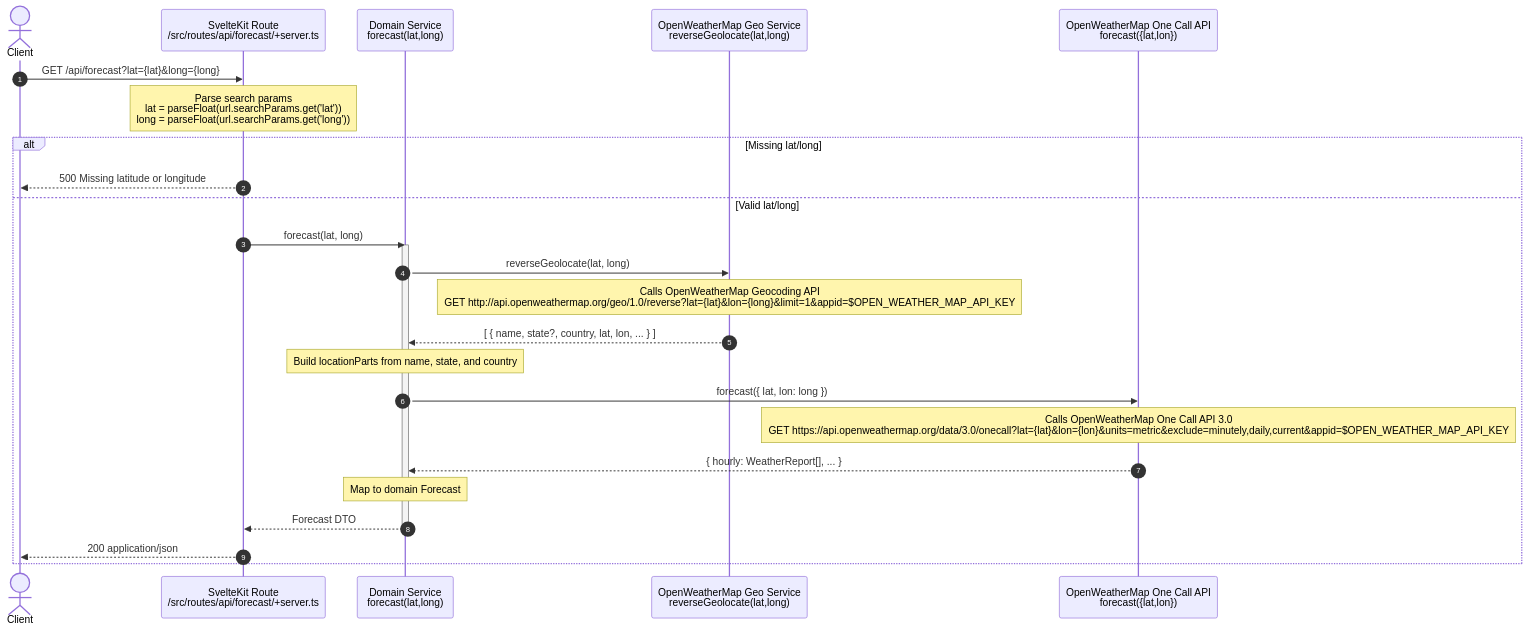
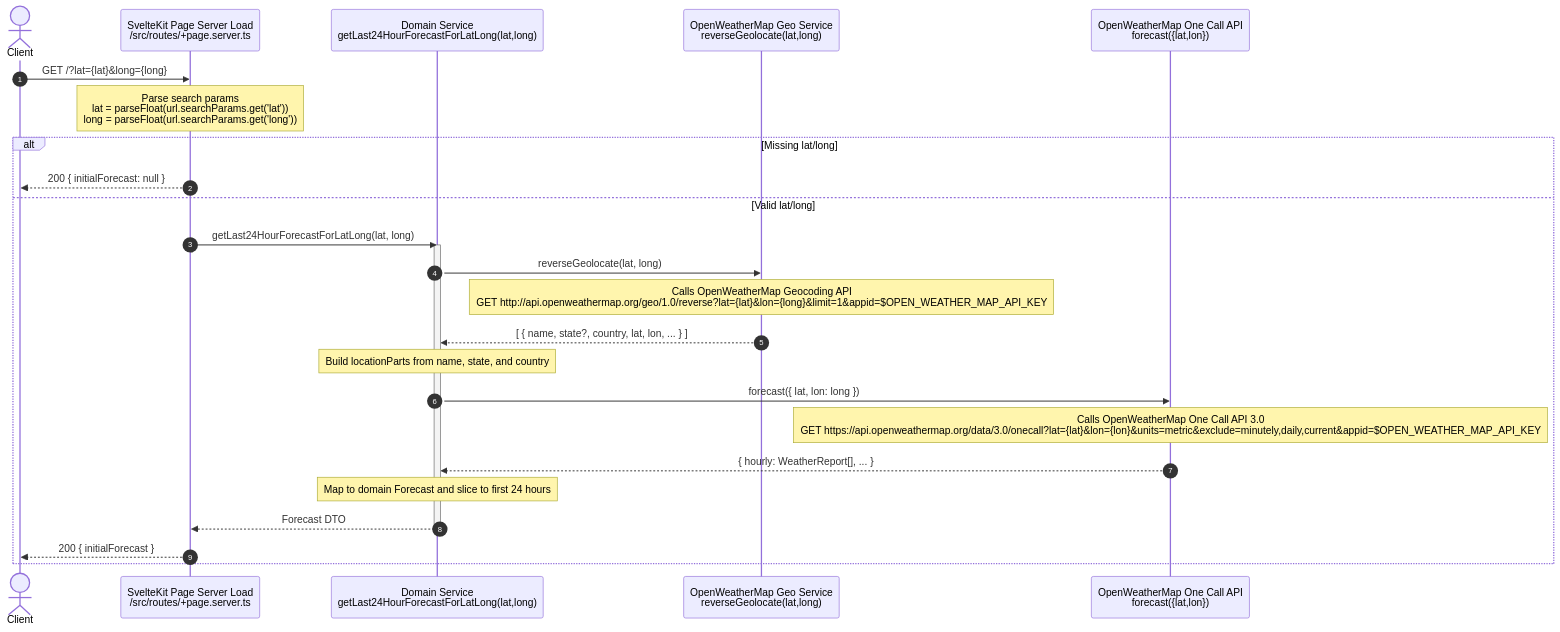
The diagram in docs/diagrams/forecast_api_flow.md (braydend/pawcast), drawn with Mermaid before and after one commit. The commit also changed other lines of this file and 1 other file, not shown here.

````diff
--- a/docs/diagrams/forecast_api_flow.md
+++ b/docs/diagrams/forecast_api_flow.md
@@ -5,29 +5,29 @@
 ```mermaid
 sequenceDiagram
     autonumber
     actor U as Client
-    participant R as SvelteKit Route<br/>/src/routes/api/forecast/+server.ts
-    participant D as Domain Service<br/>forecast(lat,long)
+    participant R as SvelteKit Page Server Load<br/>/src/routes/+page.server.ts
+    participant D as Domain Service<br/>getLast24HourForecastForLatLong(lat,long)
     participant GEO as OpenWeatherMap Geo Service<br/>reverseGeolocate(lat,long)
     participant OWM as OpenWeatherMap One Call API<br/>forecast({lat,lon})
 
-    U->>R: GET /api/forecast?lat={lat}&long={long}
+    U->>R: GET /?lat={lat}&long={long}
     note over R: Parse search params<br/>lat = parseFloat(url.searchParams.get('lat'))<br/>long = parseFloat(url.searchParams.get('long'))
     alt Missing lat/long
-        R-->>U: 500 Missing latitude or longitude
+        R-->>U: 200 { initialForecast: null }
     else Valid lat/long
-        R->>D: forecast(lat, long)
+        R->>D: getLast24HourForecastForLatLong(lat, long)
         activate D
         D->>GEO: reverseGeolocate(lat, long)
         note over GEO: Calls OpenWeatherMap Geocoding API<br/>GET http://api.openweathermap.org/geo/1.0/reverse?lat={lat}&lon={long}&limit=1&appid=$OPEN_WEATHER_MAP_API_KEY
         GEO-->>D: [ { name, state?, country, lat, lon, ... } ]
         note over D: Build locationParts from name, state, and country
         D->>OWM: forecast({ lat, lon: long })
         note over OWM: Calls OpenWeatherMap One Call API 3.0<br/>GET https://api.openweathermap.org/data/3.0/onecall?lat={lat}&lon={lon}&units=metric&exclude=minutely,daily,current&appid=$OPEN_WEATHER_MAP_API_KEY
         OWM-->>D: { hourly: WeatherReport[], ... }
-        note over D: Map to domain Forecast
+        note over D: Map to domain Forecast and slice to first 24 hours
         D-->>R: Forecast DTO
         deactivate D
-        R-->>U: 200 application/json
+        R-->>U: 200 { initialForecast }
     end
 ```
````
